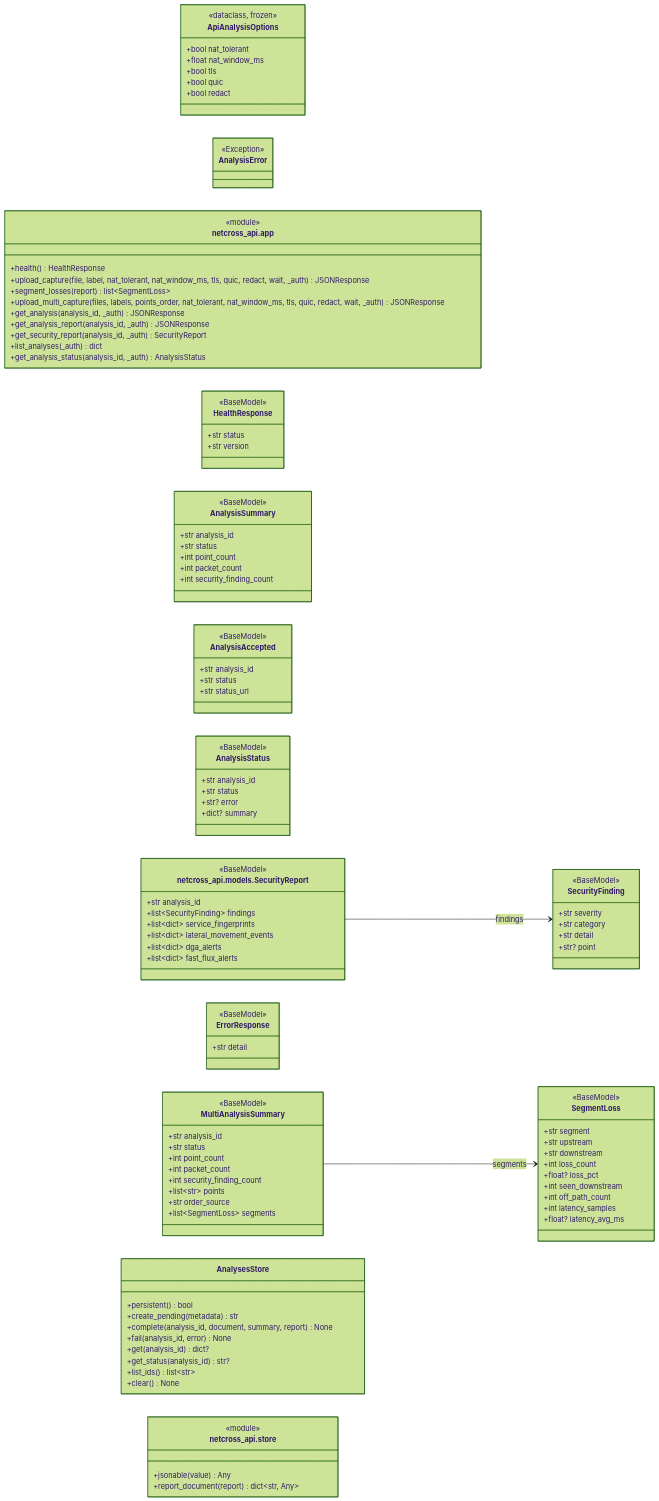
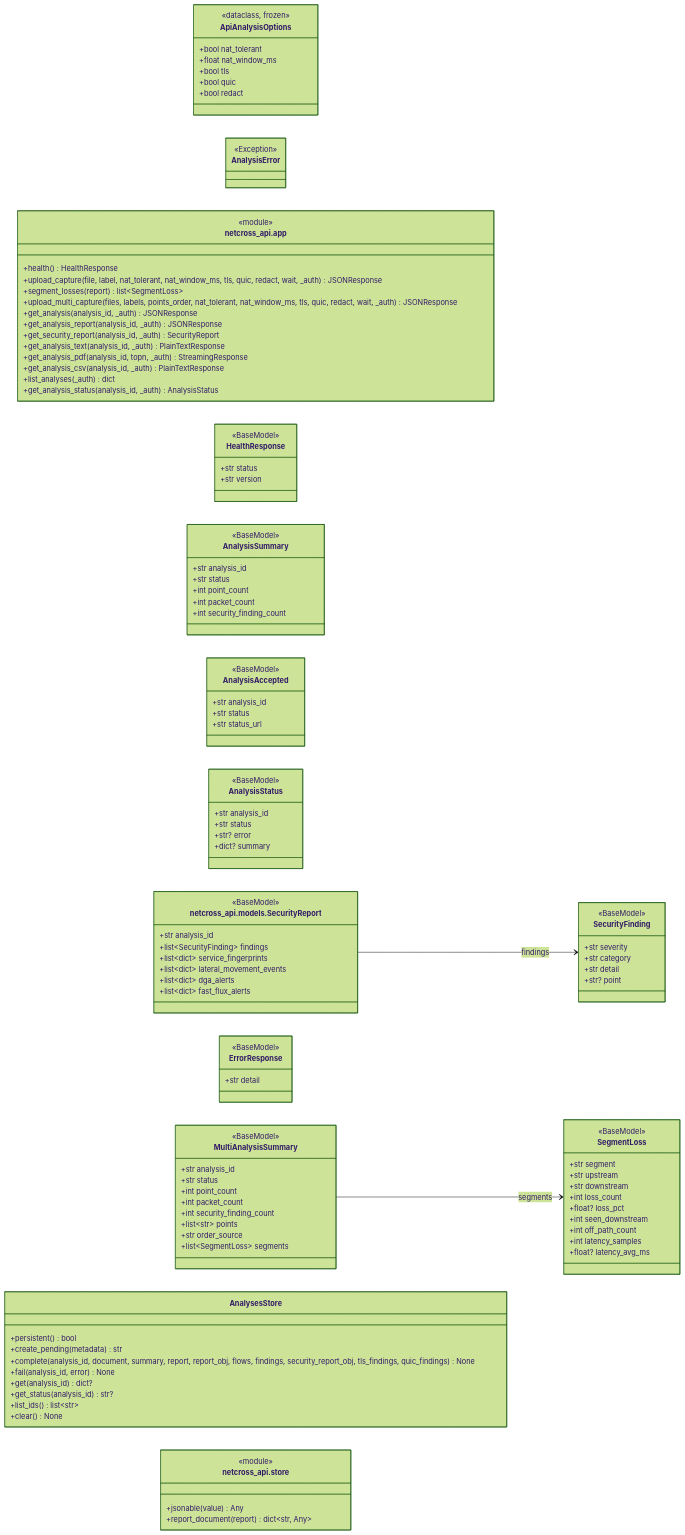
Before and after one commit to Mathide-Team/Netcross: diagram 17 of 19 in docs/class-diagram.md, drawn with Mermaid (forest theme). The commit also changed other lines of this file, not shown here.

First line of the commit message:
chore: rebase sur dev + regenerate class-diagram

```diff
--- a/docs/class-diagram.md
+++ b/docs/class-diagram.md
@@ -3769,6 +3769,9 @@
         +get_analysis(analysis_id, _auth) JSONResponse
         +get_analysis_report(analysis_id, _auth) JSONResponse
         +get_security_report(analysis_id, _auth) SecurityReport
+        +get_analysis_text(analysis_id, _auth) PlainTextResponse
+        +get_analysis_pdf(analysis_id, topn, _auth) StreamingResponse
+        +get_analysis_csv(analysis_id, _auth) PlainTextResponse
         +list_analyses(_auth) dict
         +get_analysis_status(analysis_id, _auth) AnalysisStatus
     }
@@ -3848,7 +3851,7 @@
     class AnalysesStore {
         +persistent() bool
         +create_pending(metadata) str
-        +complete(analysis_id, document, summary, report) None
+        +complete(analysis_id, document, summary, report, report_obj, flows, findings, security_report_obj, tls_findings, quic_findings) None
         +fail(analysis_id, error) None
         +get(analysis_id) dict?
         +get_status(analysis_id) str?
```
